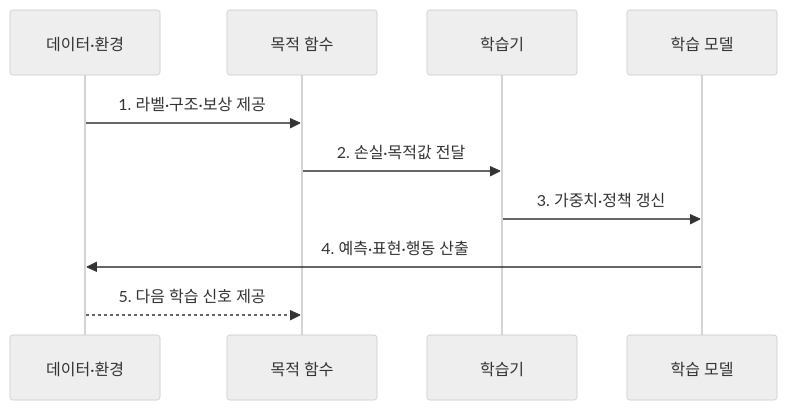
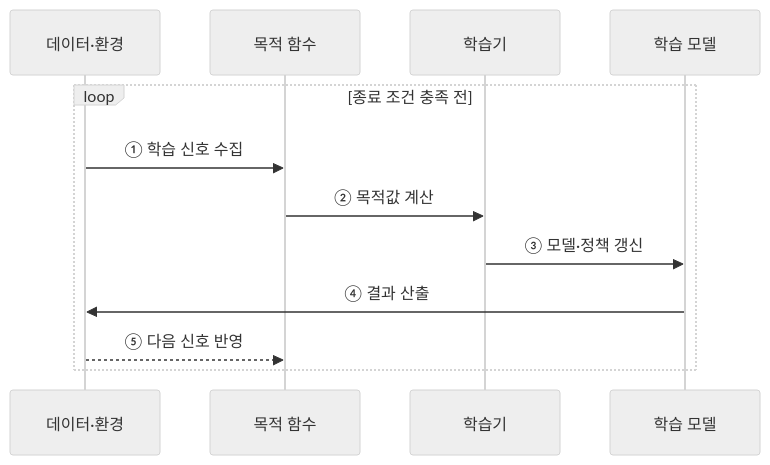
One commit to agnusdei1207/knowledge-base changed the third of 3 diagrams in src/content/docs/notes/01-basic-theory/048_learning_paradigms.md. Above: the diagram before and after it, drawn with Mermaid (neutral theme). The commit also changed other lines of this file and 22 other files, not shown here.

````diff
--- a/src/content/docs/notes/01-basic-theory/048_learning_paradigms.md
+++ b/src/content/docs/notes/01-basic-theory/048_learning_paradigms.md
@@ -75,12 +95,14 @@
 ```mermaid
 sequenceDiagram
     participant D as 데이터·환경
     participant O as 목적 함수
     participant T as 학습기
     participant M as 학습 모델
-    D->>O: 1. 라벨·구조·보상 제공
-    O->>T: 2. 손실·목적값 전달
-    T->>M: 3. 가중치·정책 갱신
-    M->>D: 4. 예측·표현·행동 산출
-    D-->>O: 5. 다음 학습 신호 제공
+    loop 종료 조건 충족 전
+        D->>O: ① 학습 신호 수집
+        O->>T: ② 목적값 계산
+        T->>M: ③ 모델·정책 갱신
+        M->>D: ④ 결과 산출
+        D-->>O: ⑤ 다음 신호 반영
+    end
 ```
````
